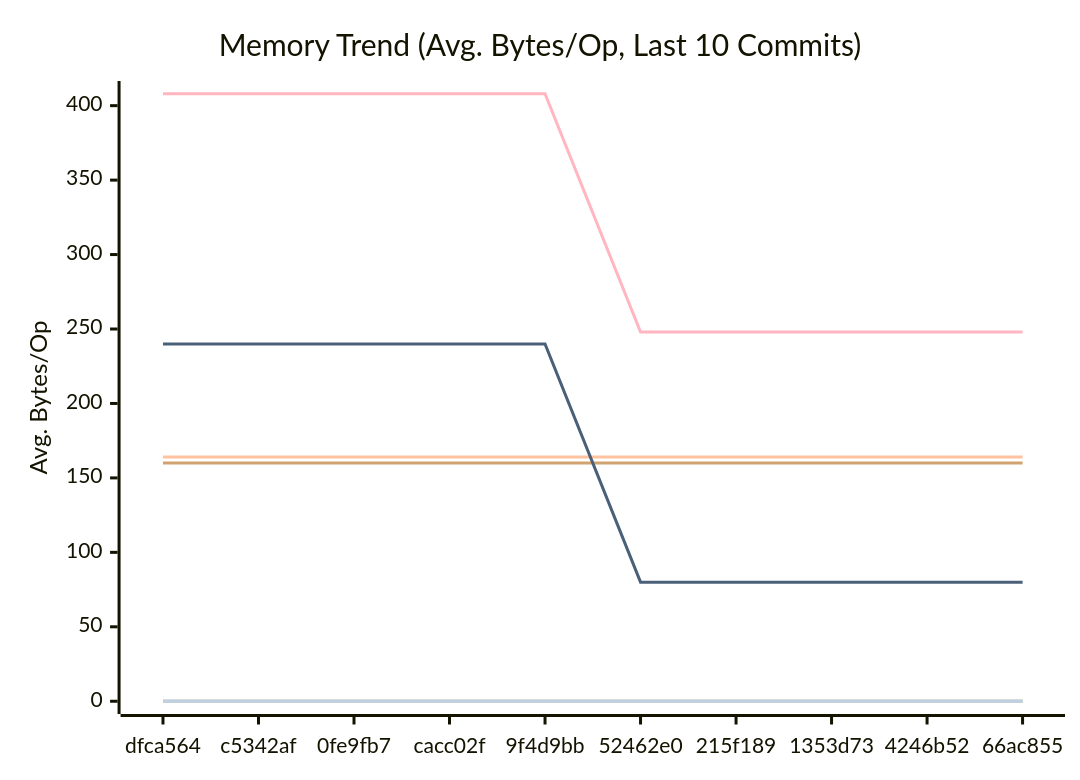
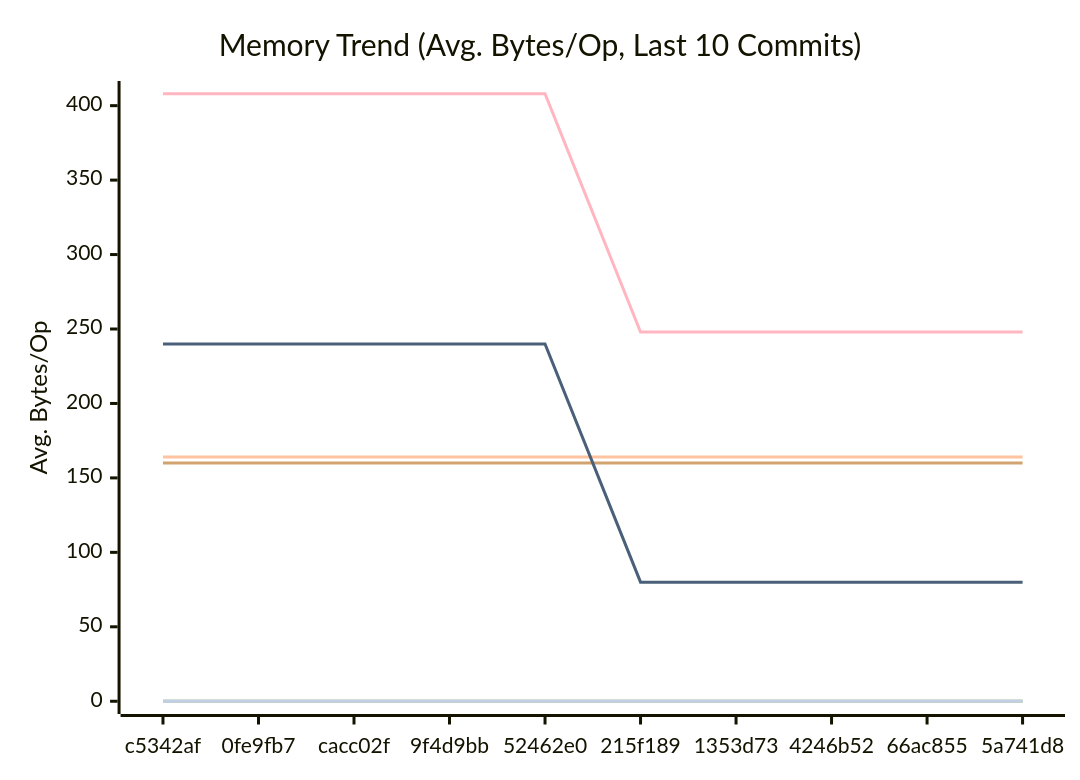
The second of 3 diagrams in docs/PERFORMANCE.md (alsotoes/momo), drawn with Mermaid before and after one commit. The commit also changed other lines of this file and 2 other files, not shown here.

````diff
--- a/docs/PERFORMANCE.md
+++ b/docs/PERFORMANCE.md
@@ -97,16 +97,16 @@
 ```mermaid
 xychart-beta
     title "Memory Trend (Avg. Bytes/Op, Last 10 Commits)"
     x-axis "Commit"
     y-axis "Avg. Bytes/Op"
-    x-axis [dfca564,c5342af,0fe9fb7,cacc02f,9f4d9bb,52462e0,215f189,1353d73,4246b52,66ac855]
+    x-axis [c5342af,0fe9fb7,cacc02f,9f4d9bb,52462e0,215f189,1353d73,4246b52,66ac855,5a741d8]
     line "CheckMetricsAndSwap" [0,0,0,0,0,0,0,0,0,0]
     line "CrushOptimized" [0,0,0,0,0,0,0,0,0,0]
     line "CrushOriginal" [164,164,164,164,164,164,164,164,164,164]
     line "IndexDirectTracking" [0,0,0,0,0,0,0,0,0,0]
     line "IndexSearch" [0,0,0,0,0,0,0,0,0,0]
     line "LoadGlobalConfig" [160,160,160,160,160,160,160,160,160,160]
     line "PadString" [0,0,0,0,0,0,0,0,0,0]
     line "ParseReplicationOrder_NoPrealloc" [408,408,408,408,408,248,248,248,248,248]
     line "ParseReplicationOrder_Prealloc" [240,240,240,240,240,80,80,80,80,80]
 ```
````
